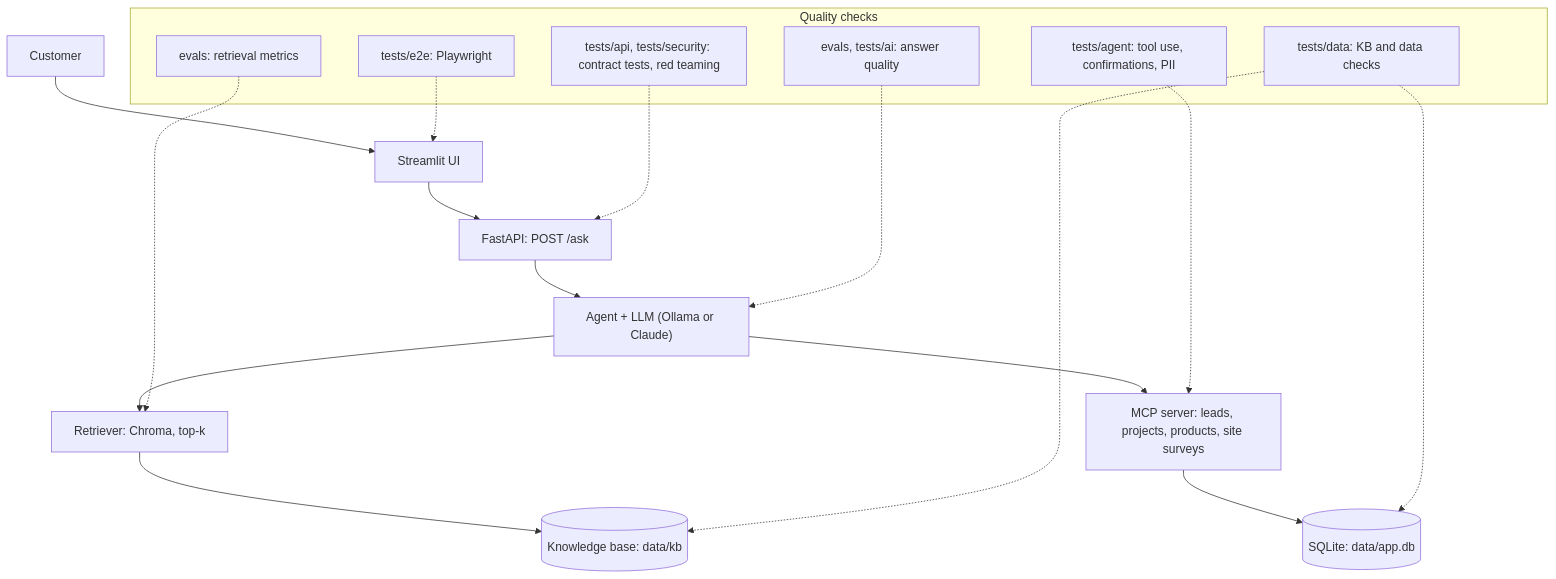
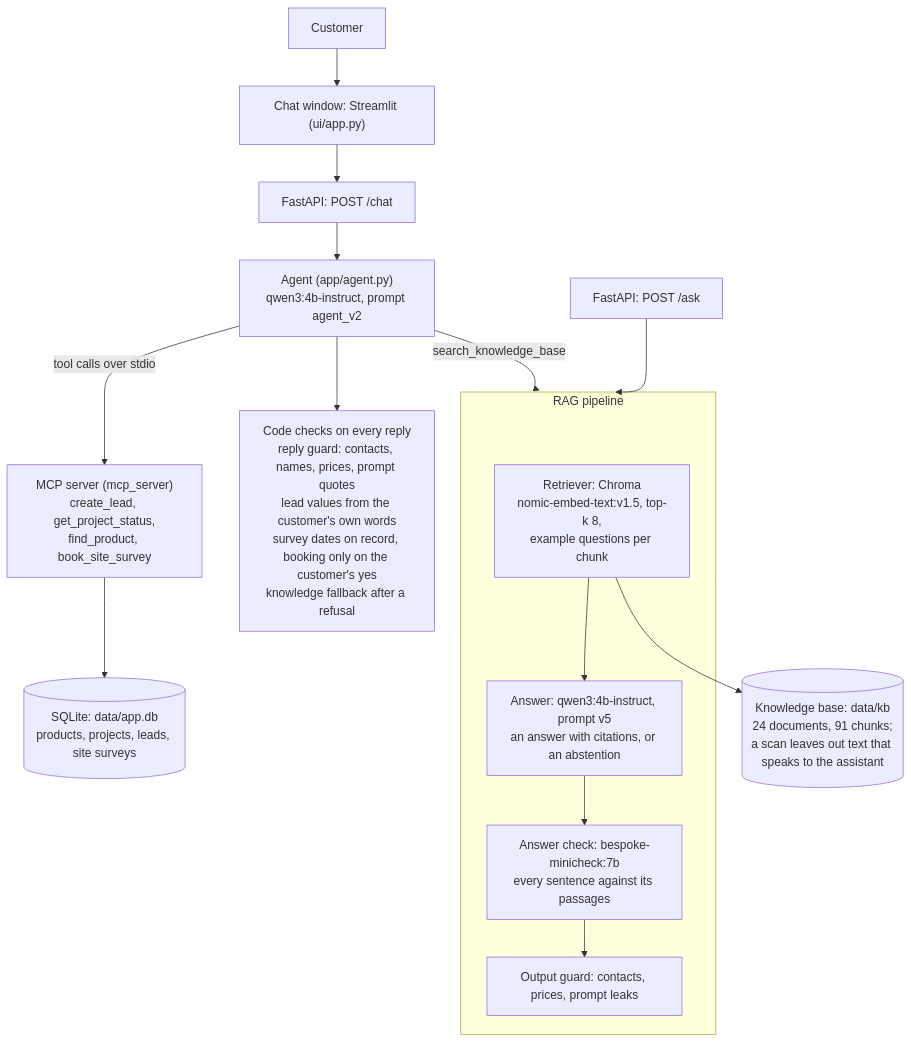
Before and after one commit to Shockwawe10/Chat_Bot: the diagram in README.md, drawn with Mermaid. The commit also changed other lines of this file and 7 other files, not shown here.

````diff
--- a/README.md
+++ b/README.md
@@ -122,27 +122,18 @@
 ```mermaid
 flowchart TD
-    U[Customer] --> UI[Streamlit UI]
-    UI --> API["FastAPI: POST /ask"]
-    API --> AG["Agent + LLM (Ollama or Claude)"]
-    AG --> RAG["Retriever: Chroma, top-k"]
-    AG --> MCP["MCP server: leads, projects, products, site surveys"]
-    RAG --> KB[("Knowledge base: data/kb")]
-    MCP --> DB[("SQLite: data/app.db")]
+    U[Customer] --> UI["Chat window: Streamlit (ui/app.py)"]
+    UI --> CHAT["FastAPI: POST /chat"]
+    CHAT --> AG["Agent (app/agent.py)<br/>qwen3:4b-instruct, prompt agent_v2"]
+    AG -- "tool calls over stdio" --> MCP["MCP server (mcp_server)<br/>create_lead, get_project_status,<br/>find_product, book_site_survey"]
+    MCP --> DB[("SQLite: data/app.db<br/>products, projects, leads, site surveys")]
+    AG -- "search_knowledge_base" --> RAG
+    ASK["FastAPI: POST /ask"] --> RAG
+    AG --> CC["Code checks on every reply<br/>reply guard: contacts, names, prices, prompt quotes<br/>lead values from the customer's own words<br/>survey dates on record, booking only on the customer's yes<br/>knowledge fallback after a refusal"]
 
-    subgraph QA[Quality checks]
-        E2E["tests/e2e: Playwright"]
-        APIT["tests/api, tests/security: contract tests, red teaming"]
-        EV["evals, tests/ai: answer quality"]
-        RT["evals: retrieval metrics"]
-        AT["tests/agent: tool use, confirmations, PII"]
-        DT["tests/data: KB and data checks"]
+    subgraph RAG["RAG pipeline"]
+        R["Retriever: Chroma<br/>nomic-embed-text:v1.5, top-k 8,<br/>example questions per chunk"] --> G["Answer: qwen3:4b-instruct, prompt v5<br/>an answer with citations, or an abstention"]
+        G --> CHK["Answer check: bespoke-minicheck:7b<br/>every sentence against its passages"]
+        CHK --> OG["Output guard: contacts, prices, prompt leaks"]
     end
-
-    E2E -.-> UI
-    APIT -.-> API
-    EV -.-> AG
-    RT -.-> RAG
-    AT -.-> MCP
-    DT -.-> KB
-    DT -.-> DB
+    R --> KB[("Knowledge base: data/kb<br/>24 documents, 91 chunks;<br/>a scan leaves out text that speaks to the assistant")]
 ```
````
